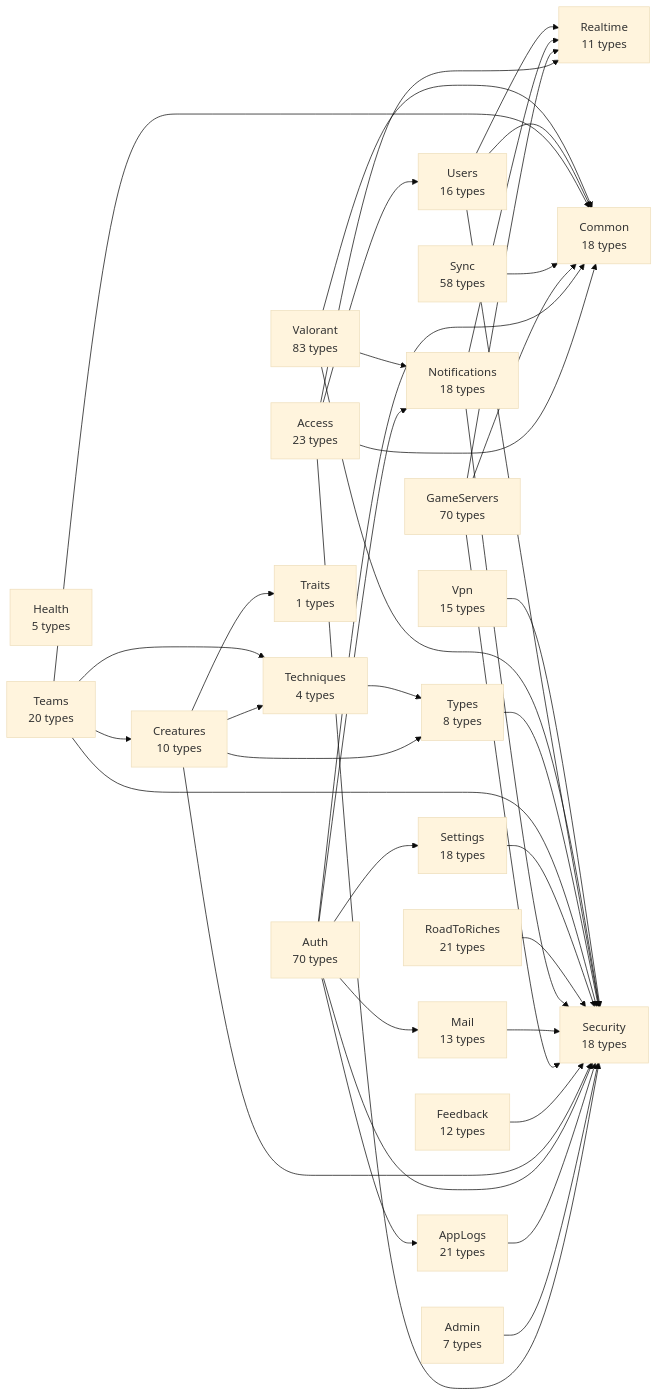
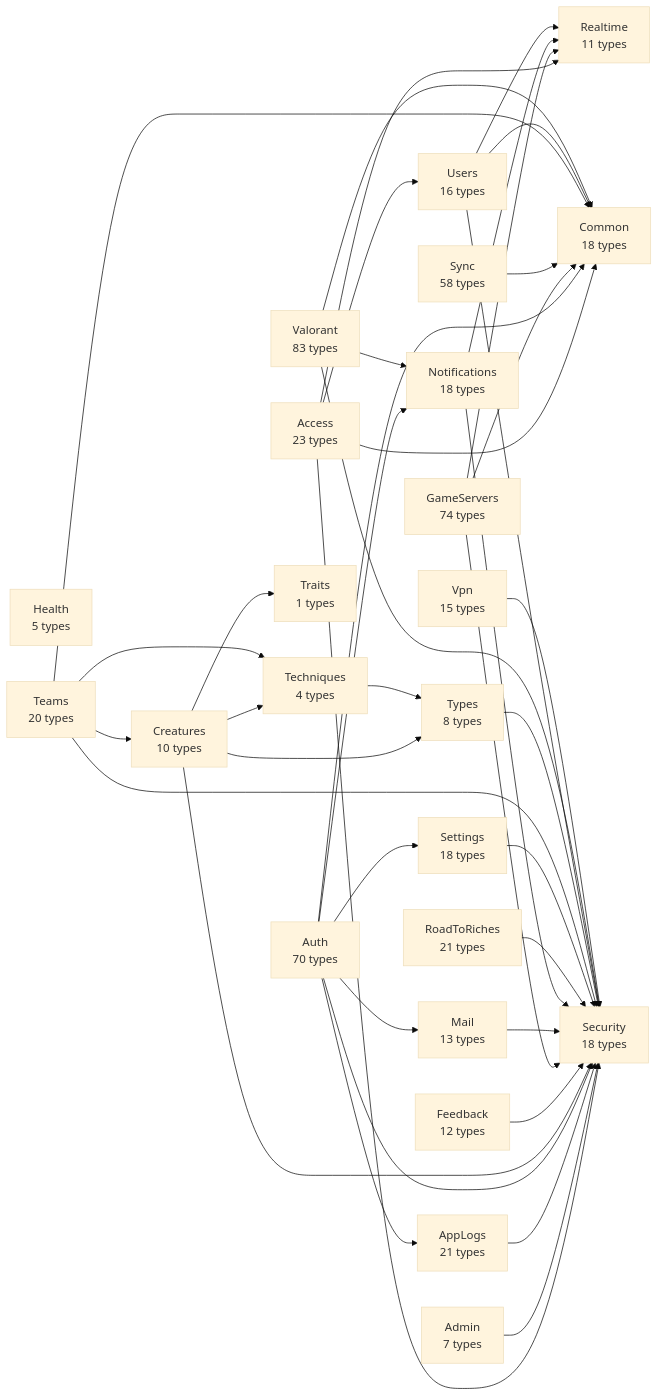
The diagram in api/docs/diagrams/00-modules.md (huiitre/Tools-app), drawn with Mermaid (base theme) before and after one commit. The commit also changed 17 other files, not shown here.

````diff
--- a/api/docs/diagrams/00-modules.md
+++ b/api/docs/diagrams/00-modules.md
@@ -5,65 +5,65 @@
 ```mermaid
 flowchart LR
   Access["Access<br/>23 types"]
   Admin["Admin<br/>7 types"]
   AppLogs["AppLogs<br/>21 types"]
   Auth["Auth<br/>70 types"]
   Common["Common<br/>18 types"]
   Creatures["Creatures<br/>10 types"]
   Feedback["Feedback<br/>12 types"]
-  GameServers["GameServers<br/>70 types"]
+  GameServers["GameServers<br/>74 types"]
   Health["Health<br/>5 types"]
   Mail["Mail<br/>13 types"]
   Notifications["Notifications<br/>18 types"]
   Realtime["Realtime<br/>11 types"]
   RoadToRiches["RoadToRiches<br/>21 types"]
   Security["Security<br/>18 types"]
   Settings["Settings<br/>18 types"]
   Sync["Sync<br/>58 types"]
   Teams["Teams<br/>20 types"]
   Techniques["Techniques<br/>4 types"]
   Traits["Traits<br/>1 types"]
   Types["Types<br/>8 types"]
   Users["Users<br/>16 types"]
   Valorant["Valorant<br/>83 types"]
   Vpn["Vpn<br/>15 types"]
   Access --> Common
   Access --> Realtime
   Access --> Security
   Access --> Users
   Admin --> Security
   AppLogs --> Security
   Auth --> AppLogs
   Auth --> Common
   Auth --> Mail
   Auth --> Notifications
   Auth --> Security
   Auth --> Settings
   Creatures --> Security
   Creatures --> Techniques
   Creatures --> Traits
   Creatures --> Types
   Feedback --> Security
   GameServers --> Common
   GameServers --> Realtime
   GameServers --> Security
   Mail --> Security
   Notifications --> Realtime
   Notifications --> Security
   RoadToRiches --> Security
   Settings --> Security
   Sync --> Common
   Teams --> Common
   Teams --> Creatures
   Teams --> Security
   Teams --> Techniques
   Techniques --> Types
   Types --> Security
   Users --> Common
   Users --> Realtime
   Users --> Security
   Valorant --> Common
   Valorant --> Notifications
   Valorant --> Security
   Vpn --> Security
 ```
````
